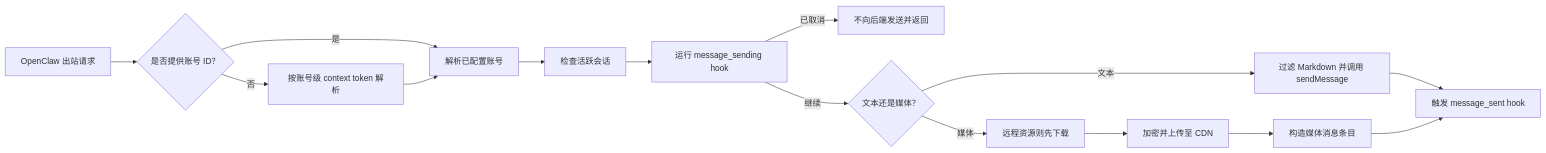
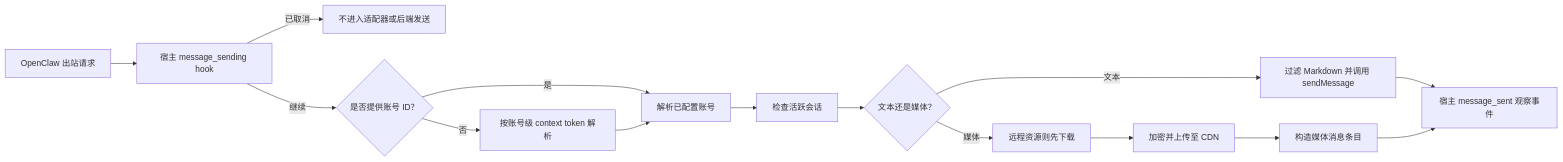
One commit to NewFuture/openclaw-weixin changed the third of 3 diagrams in docs/zh-CN/architecture.md. Above: the diagram before and after it, drawn with Mermaid. The commit also changed other lines of this file and 15 other files, not shown here.

````diff
--- a/docs/zh-CN/architecture.md
+++ b/docs/zh-CN/architecture.md
@@ -71,17 +77,17 @@
 ```mermaid
 flowchart LR
-  A[OpenClaw 出站请求] --> B{是否提供账号 ID？}
+  A[OpenClaw 出站请求] --> F[宿主 message_sending hook]
+  F -->|已取消| G[不进入适配器或后端发送]
+  F -->|继续| B{是否提供账号 ID？}
   B -->|是| C[解析已配置账号]
   B -->|否| D[按账号级 context token 解析]
   D --> C
   C --> E[检查活跃会话]
-  E --> F[运行 message_sending hook]
-  F -->|已取消| G[不向后端发送并返回]
-  F -->|继续| H{文本还是媒体？}
+  E --> H{文本还是媒体？}
   H -->|文本| I[过滤 Markdown 并调用 sendMessage]
   H -->|媒体| J[远程资源则先下载]
   J --> K[加密并上传至 CDN]
   K --> L[构造媒体消息条目]
-  I --> M[触发 message_sent hook]
+  I --> M[宿主 message_sent 观察事件]
   L --> M
 ```
````
